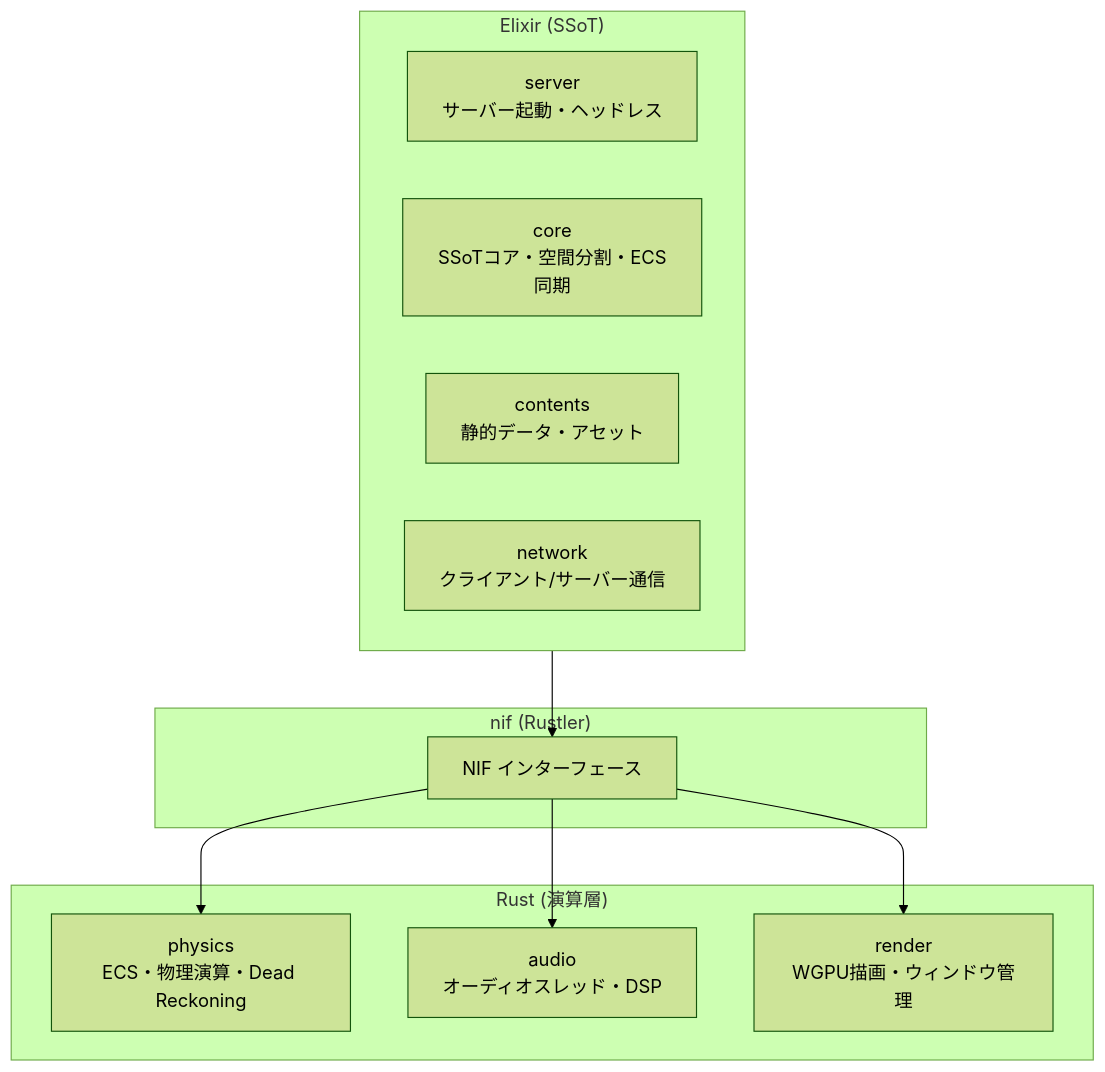
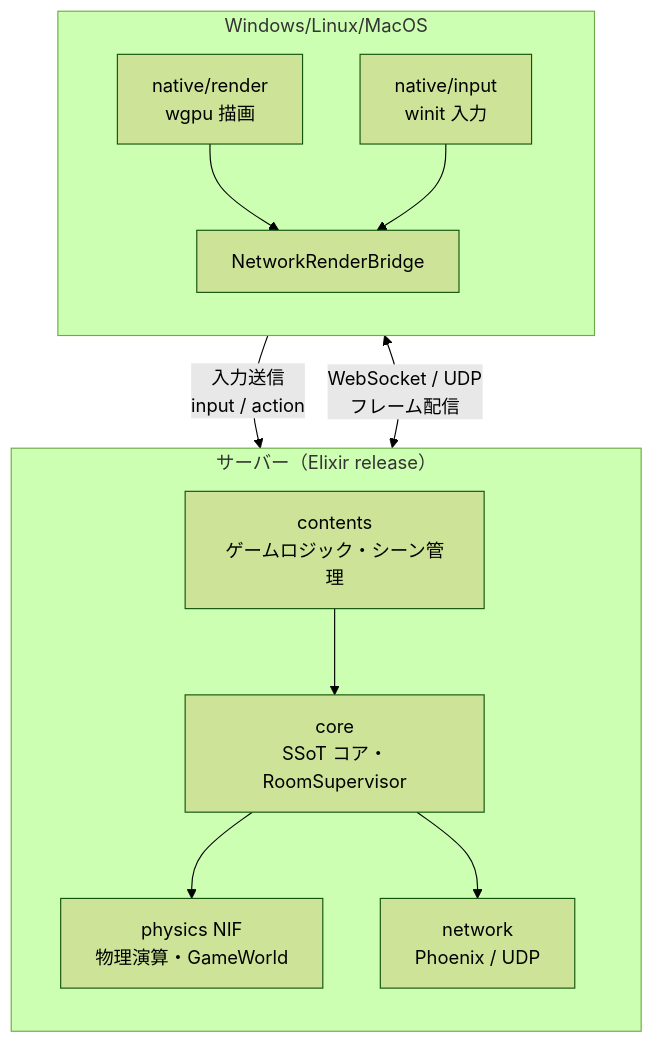
The diagram in README.md (FRICK-ELDY/alchemy-engine), drawn with Mermaid (forest theme) before and after one commit. The commit also changed other lines of this file and 2 other files, not shown here.

Commit message:
feat: クライアント・サーバー分離計画と README アーキテクチャを更新

````diff
--- a/README.md
+++ b/README.md
@@ -14,24 +14,27 @@
 ```mermaid
 flowchart TB
-    subgraph Elixir["Elixir (SSoT)"]
-        server[server<br/>サーバー起動・ヘッドレス]
-        core[core<br/>SSoTコア・空間分割・ECS同期]
-        contents[contents<br/>静的データ・アセット]
-        network[network<br/>クライアント/サーバー通信]
+    subgraph Server["サーバー（Elixir release）"]
+        direction TB
+        Contents[contents<br/>ゲームロジック・シーン管理]
+        Core[core<br/>SSoT コア・RoomSupervisor]
+        PhysicsNIF[physics NIF<br/>物理演算・GameWorld]
+        Network[network<br/>Phoenix / UDP]
+        
+        Contents --> Core
+        Core --> PhysicsNIF
+        Core --> Network
     end
-
-    subgraph NIF["nif (Rustler)"]
-        nif_bridge[NIF インターフェース]
+    
+    subgraph Client["Windows/Linux/MacOS"]
+        direction TB
+        Render[native/render<br/>wgpu 描画]
+        Input[native/input<br/>winit 入力]
+        Bridge[NetworkRenderBridge]
+        
+        Render --> Bridge
+        Input --> Bridge
     end
-
-    subgraph Rust["Rust (演算層)"]
-        physics[physics<br/>ECS・物理演算・Dead Reckoning]
-        audio[audio<br/>オーディオスレッド・DSP]
-        render[render<br/>WGPU描画・ウィンドウ管理]
-    end
-
-    Elixir --> nif_bridge
-    nif_bridge --> physics
-    nif_bridge --> audio
-    nif_bridge --> render
+    
+    Server <-->|"WebSocket / UDP<br/>フレーム配信"| Client
+    Client -->|"入力送信<br/>input / action"| Server
 ```
````
